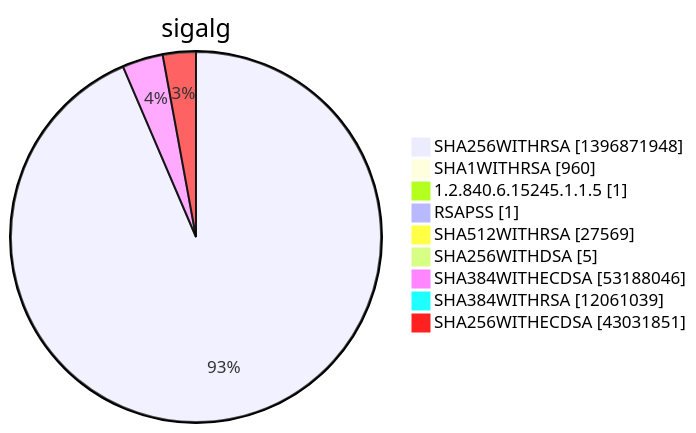
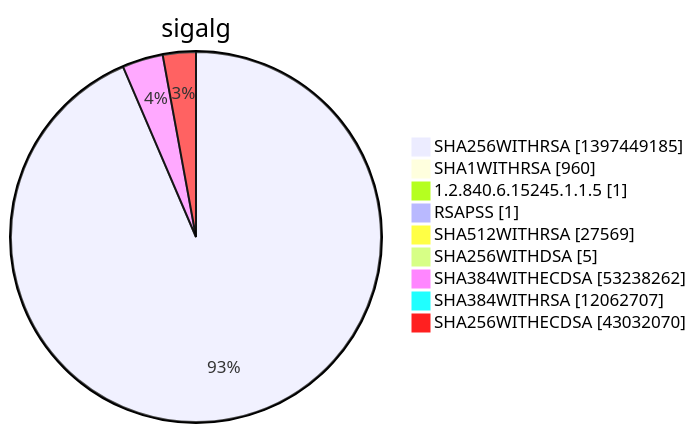
Before and after one commit to christiankrug/ctmonitor_visualization: diagram 15 of 15 in argon2022/README.md, drawn with Mermaid. The commit also changed other lines of this file, not shown here.

````diff
--- a/argon2022/README.md
+++ b/argon2022/README.md
@@ -5524,13 +5524,13 @@
 ```mermaid
 pie showData
 title sigalg
-"SHA256WITHRSA" :1396871948
+"SHA256WITHRSA" :1397449185
 "SHA1WITHRSA" :960
 "1.2.840.6.15245.1.1.5" :1
 "RSAPSS" :1
 "SHA512WITHRSA" :27569
 "SHA256WITHDSA" :5
-"SHA384WITHECDSA" :53188046
-"SHA384WITHRSA" :12061039
-"SHA256WITHECDSA" :43031851
+"SHA384WITHECDSA" :53238262
+"SHA384WITHRSA" :12062707
+"SHA256WITHECDSA" :43032070
 ```
````
